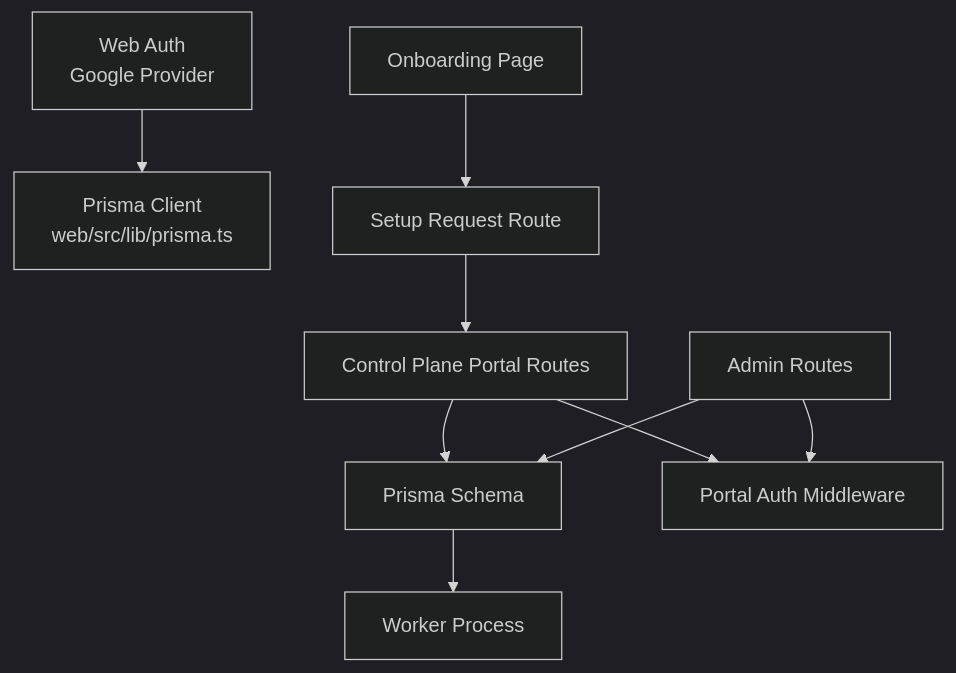
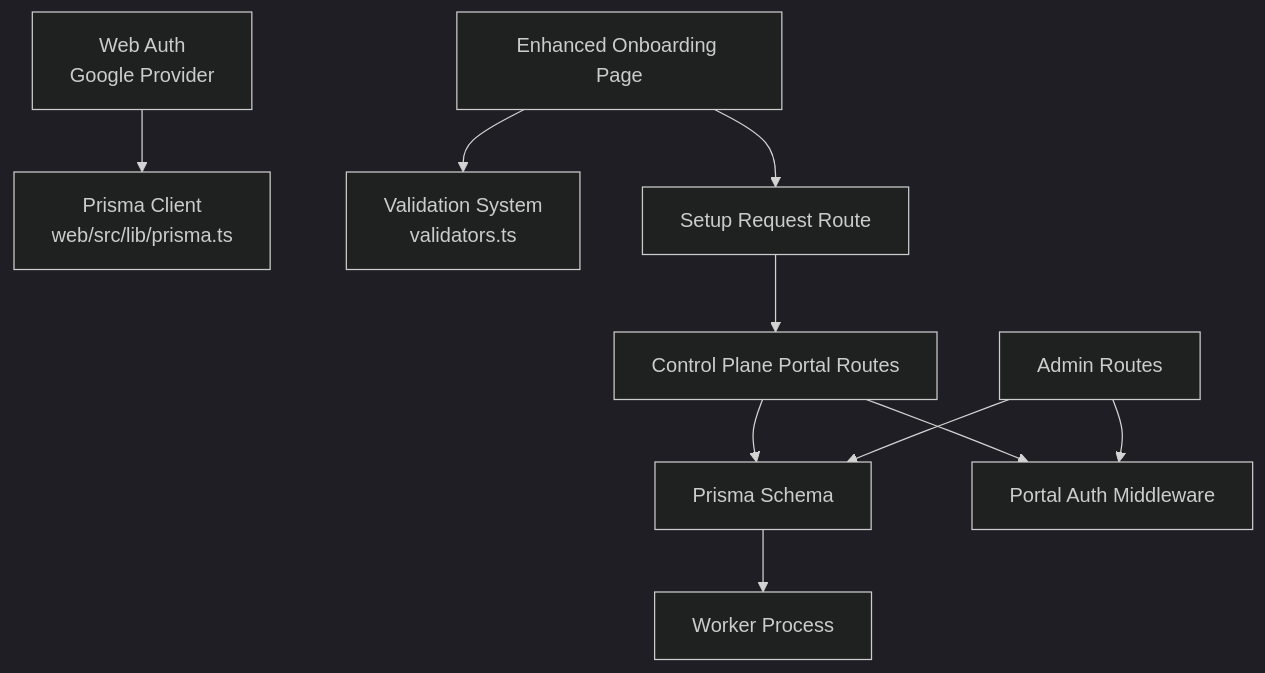
Before and after one commit to askchiwa-spec/FLOW-HQ-BOT: the eighth of 8 diagrams in .qoder/repowiki/en/content/Database Design/Core Entities/User and SetupRequest Entities.md, drawn with Mermaid (dark theme). The commit also changed other lines of this file and 69 other files, not shown here.

````diff
--- a/.qoder/repowiki/en/content/Database Design/Core Entities/User and SetupRequest Entities.md
+++ b/.qoder/repowiki/en/content/Database Design/Core Entities/User and SetupRequest Entities.md
@@ -348,11 +460,12 @@
 ```mermaid
 graph TB
 WEB_AUTH["Web Auth<br/>Google Provider"] --> PRISMA_WEB["Prisma Client<br/>web/src/lib/prisma.ts"]
-WEB_ONBOARD["Onboarding Page"] --> WEB_SETUP_ROUTE["Setup Request Route"]
+WEB_ONBOARD["Enhanced Onboarding Page"] --> VALIDATORS["Validation System<br/>validators.ts"]
+WEB_ONBOARD --> WEB_SETUP_ROUTE["Setup Request Route"]
 WEB_SETUP_ROUTE --> CP_PORTAL["Control Plane Portal Routes"]
 CP_PORTAL --> PRISMA_SCHEMA["Prisma Schema"]
 CP_ADMIN["Admin Routes"] --> PRISMA_SCHEMA
 CP_PORTAL --> CP_AUTH["Portal Auth Middleware"]
 CP_ADMIN --> CP_AUTH
 PRISMA_SCHEMA --> WORKER["Worker Process"]
 ```
````
